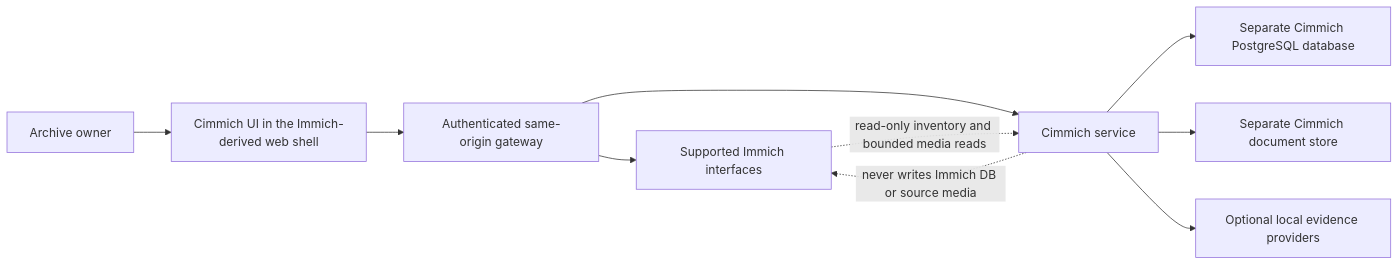
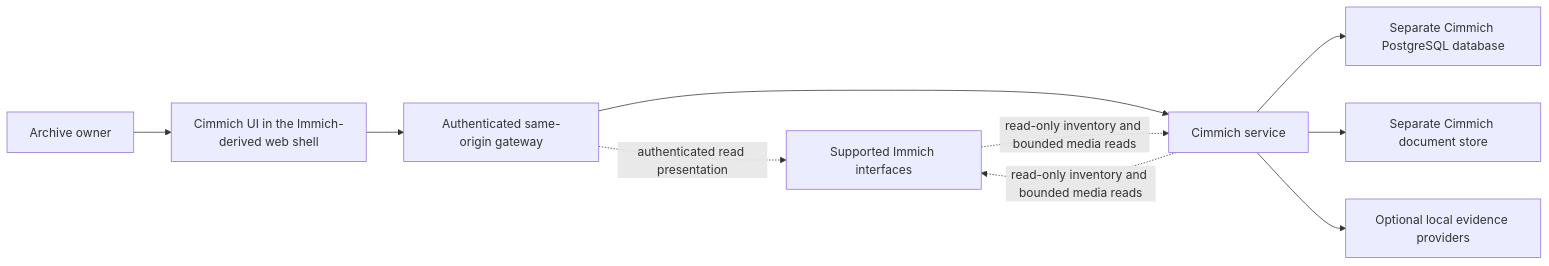
The diagram in DEVELOPMENT.md (cimmich/cimmich), drawn with Mermaid before and after one commit. The commit also changed other lines of this file and 57 other files, not shown here.

````diff
--- a/DEVELOPMENT.md
+++ b/DEVELOPMENT.md
@@ -12,12 +12,12 @@
 ```mermaid
 flowchart LR
     Owner["Archive owner"] --> UI["Cimmich UI in the Immich-derived web shell"]
     UI --> Gateway["Authenticated same-origin gateway"]
-    Gateway --> Immich["Supported Immich interfaces"]
+    Gateway -. "authenticated read presentation" .-> Immich["Supported Immich interfaces"]
     Gateway --> API["Cimmich service"]
     API --> DB["Separate Cimmich PostgreSQL database"]
     API --> Docs["Separate Cimmich document store"]
     API --> Providers["Optional local evidence providers"]
     Immich -. "read-only inventory and bounded media reads" .-> API
-    API -. "never writes Immich DB or source media" .-> Immich
+    API -. "read-only inventory and bounded media reads" .-> Immich
 ```
````
